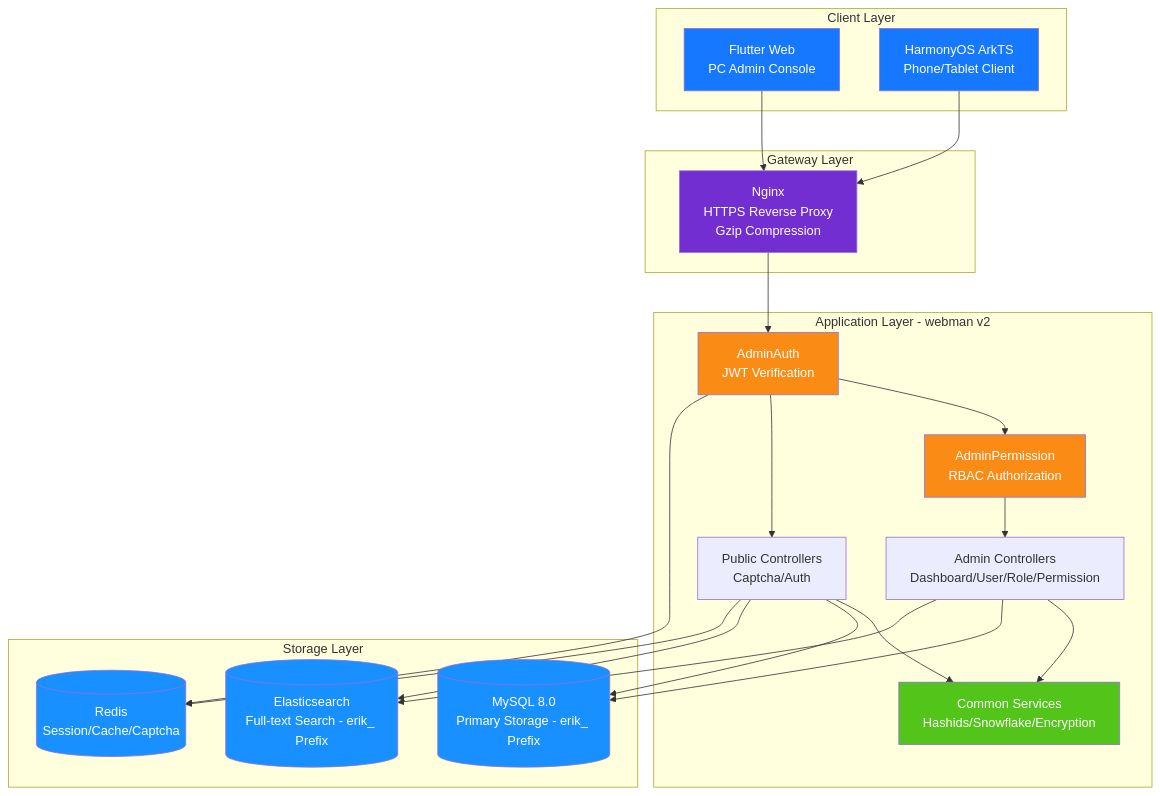
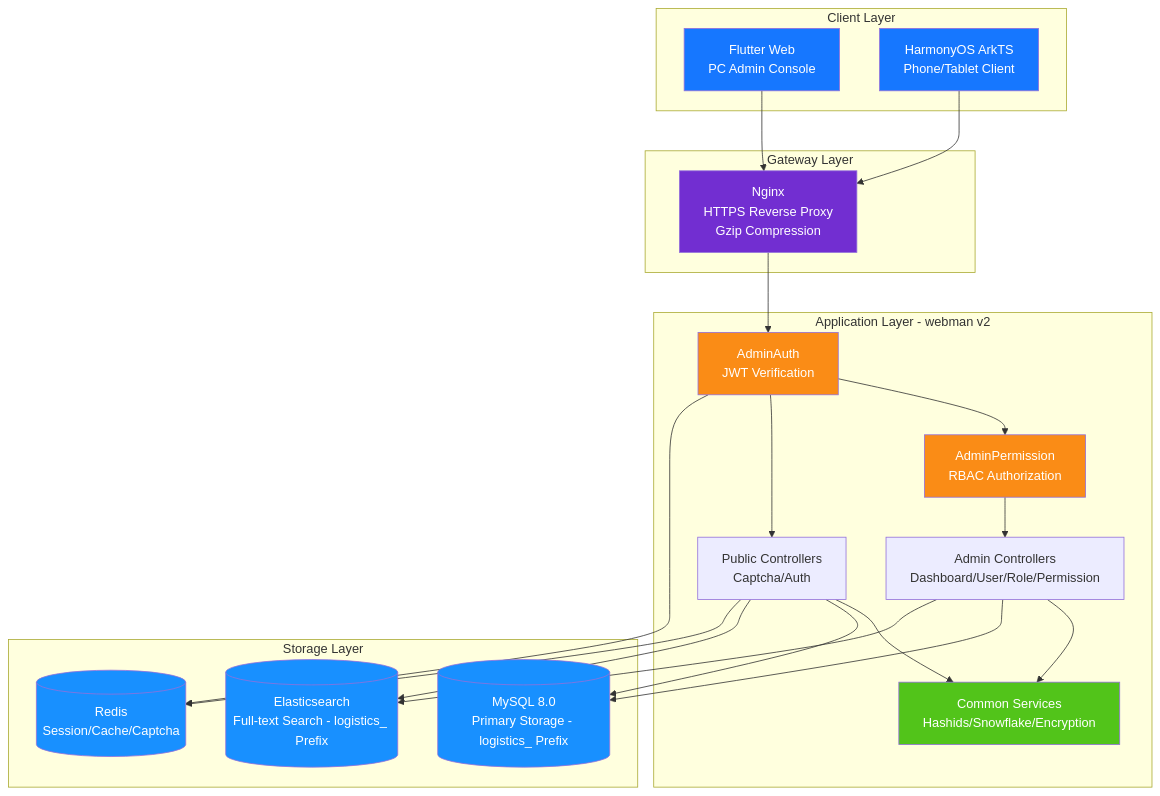
The diagram in admin/docs/diagrams/01-system-architecture.en.md (erikwang2013/integrated-global-logistics), drawn with Mermaid before and after one commit. The commit also changed 211 other files, not shown here.

````diff
--- a/admin/docs/diagrams/01-system-architecture.en.md
+++ b/admin/docs/diagrams/01-system-architecture.en.md
@@ -7,50 +7,50 @@
 ```mermaid
 flowchart TB
     subgraph clients["Client Layer"]
         flutter["Flutter Web<br/>PC Admin Console"]
         harmony["HarmonyOS ArkTS<br/>Phone/Tablet Client"]
     end
 
     subgraph gateway["Gateway Layer"]
         nginx["Nginx<br/>HTTPS Reverse Proxy<br/>Gzip Compression"]
     end
 
     subgraph app["Application Layer - webman v2"]
         auth["AdminAuth<br/>JWT Verification"]
         perm["AdminPermission<br/>RBAC Authorization"]
         admin["Admin Controllers<br/>Dashboard/User/Role/Permission"]
         public["Public Controllers<br/>Captcha/Auth"]
         common["Common Services<br/>Hashids/Snowflake/Encryption"]
     end
 
     subgraph storage["Storage Layer"]
-        mysql[("MySQL 8.0<br/>Primary Storage - erik_ Prefix")]
-        es[("Elasticsearch<br/>Full-text Search - erik_ Prefix")]
+        mysql[("MySQL 8.0<br/>Primary Storage - logistics_ Prefix")]
+        es[("Elasticsearch<br/>Full-text Search - logistics_ Prefix")]
         redis[("Redis<br/>Session/Cache/Captcha")]
     end
 
     flutter --> nginx
     harmony --> nginx
     nginx --> auth
     auth --> perm
     perm --> admin
     auth --> public
     admin --> common
     public --> common
     admin --> mysql
     public --> mysql
     admin --> es
     public --> es
     auth --> redis
     public --> redis
 
     style flutter fill:#1677FF,color:#fff
     style harmony fill:#1677FF,color:#fff
     style nginx fill:#722ED1,color:#fff
     style auth fill:#FA8C16,color:#fff
     style perm fill:#FA8C16,color:#fff
     style common fill:#52C41A,color:#fff
     style mysql fill:#1890FF,color:#fff
     style es fill:#1890FF,color:#fff
     style redis fill:#1890FF,color:#fff
 ```
````
